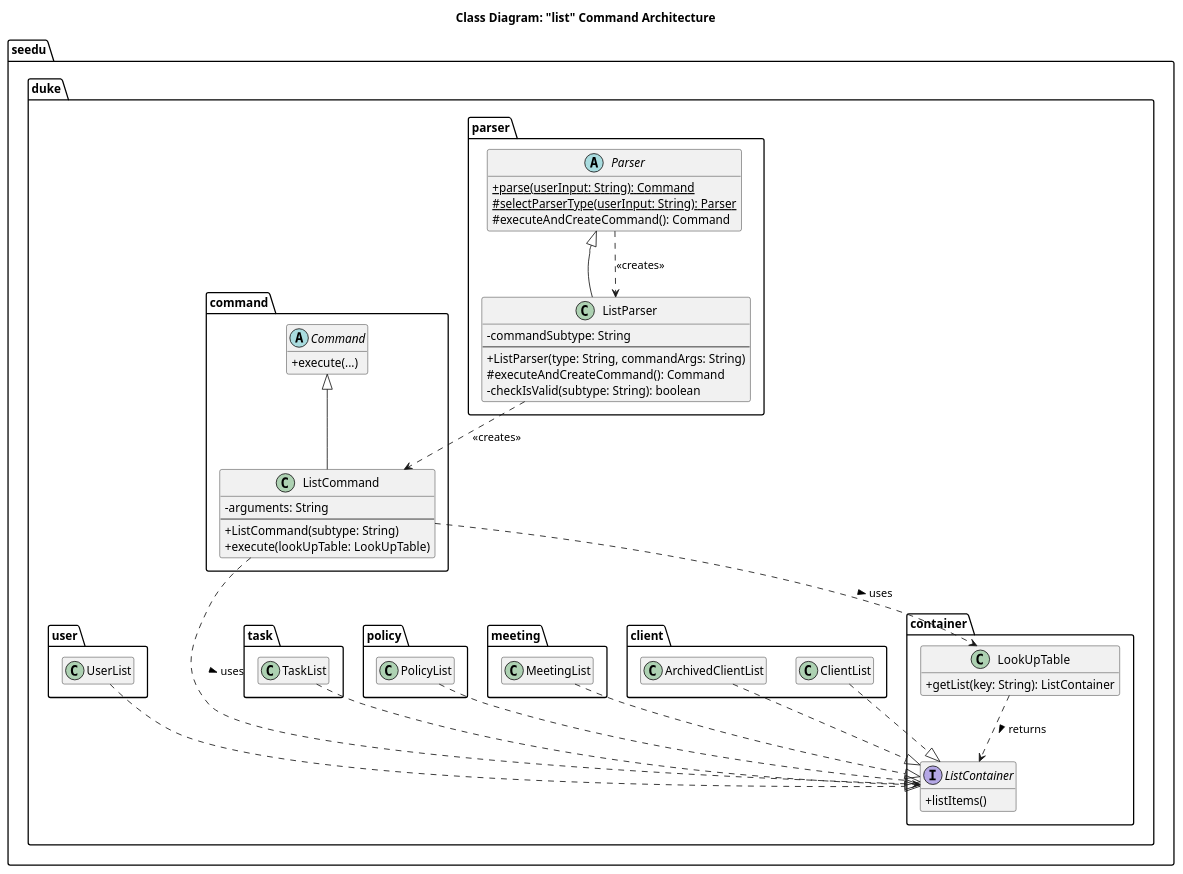
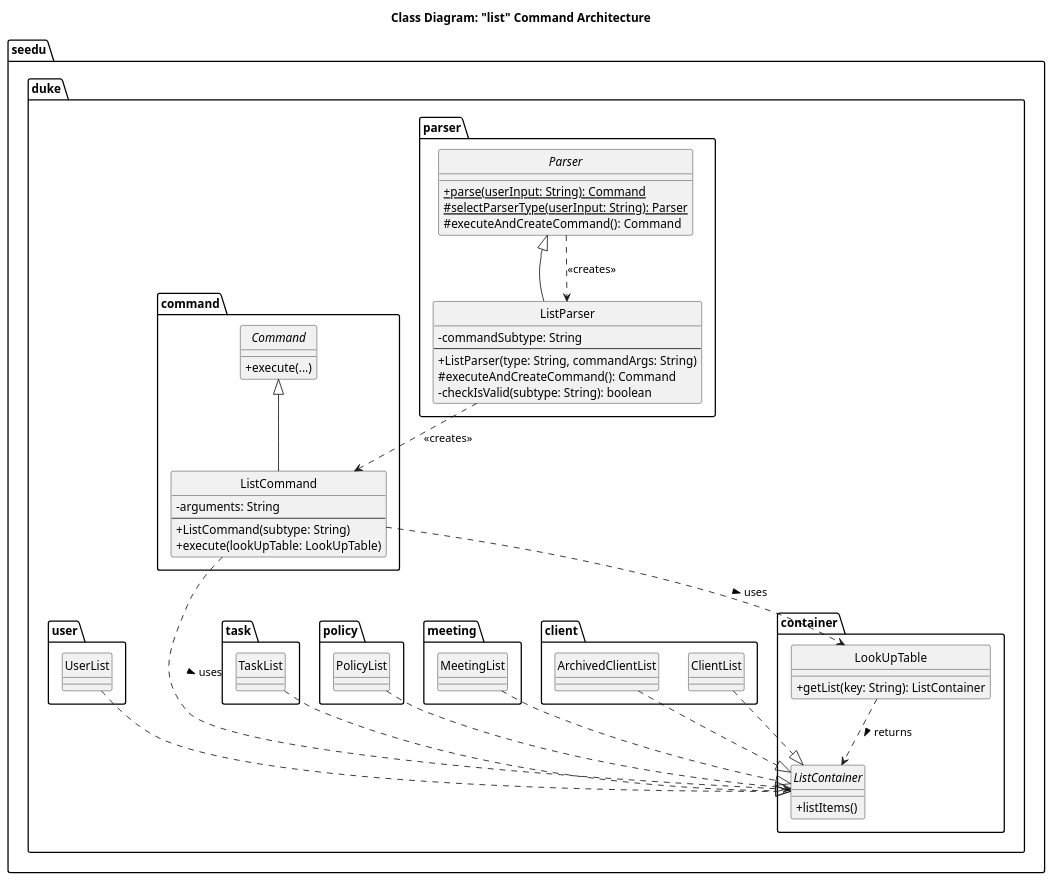
The diagram in docs/umldiagrams/list_cd.puml (ZT712002/tp), drawn with PlantUML before and after one commit. The commit also changed 4 other files, not shown here.

Commit message:
Update UML icons

```diff
--- a/docs/umldiagrams/list_cd.puml
+++ b/docs/umldiagrams/list_cd.puml
@@ -1,88 +1,91 @@
 @startuml
 title Class Diagram: "list" Command Architecture
 
+skinparam classAttributeIconSize 0
+skinparam classOperationIconSize 0
+skinparam stereotypePosition top
+skinparam interfaceStereotype "interface"
+hide circle
 
-skinparam classAttributeIconSize 0
-hide empty members
 
 
 package seedu.duke.parser {
     abstract class Parser {
         + {static} parse(userInput: String): Command
         # {static} selectParserType(userInput: String): Parser
         # executeAndCreateCommand(): Command
     }
 
     class ListParser {
         - commandSubtype: String
         --
         + ListParser(type: String, commandArgs: String)
         # executeAndCreateCommand(): Command
         - checkIsValid(subtype: String): boolean
     }
 }
 
 package seedu.duke.command {
     abstract class Command {
         + execute(...)
     }
 
     class ListCommand {
         - arguments: String
         --
         + ListCommand(subtype: String)
         + execute(lookUpTable: LookUpTable)
     }
 }
 
 package seedu.duke.container {
     interface ListContainer {
         + listItems()
         ' Other methods omitted for clarity
     }
 
     class LookUpTable {
         + getList(key: String): ListContainer
     }
 }
 
 ' Concrete ListContainer implementations
 package seedu.duke.client {
     class ClientList
     class ArchivedClientList
 }
 package seedu.duke.meeting {
     class MeetingList
 }
 package seedu.duke.policy {
     class PolicyList
 }
 package seedu.duke.task {
     class TaskList
 }
 package seedu.duke.user {
     class UserList
 }
 
 
 
 ' Inheritance
 Parser <|-- ListParser
 Command <|-- ListCommand
 
 ' Implementation
 ClientList ..|> ListContainer
 ArchivedClientList ..|> ListContainer
 MeetingList ..|> ListContainer
 PolicyList ..|> ListContainer
 TaskList ..|> ListContainer
 UserList ..|> ListContainer
 
 ' Dependency
 Parser ..> ListParser : <<creates>>
 ListParser ..> ListCommand : <<creates>>
 ListCommand ..> LookUpTable : uses >
 ListCommand ..> ListContainer : uses >
 LookUpTable ..> ListContainer : returns >
 
 @enduml
```
